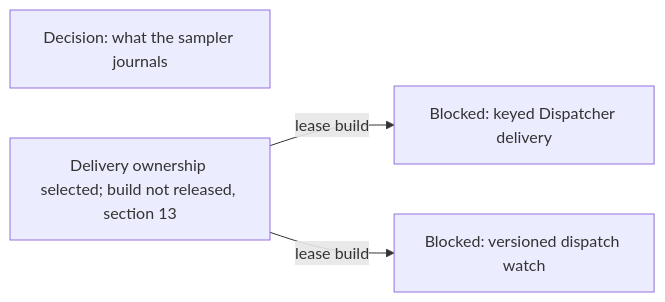
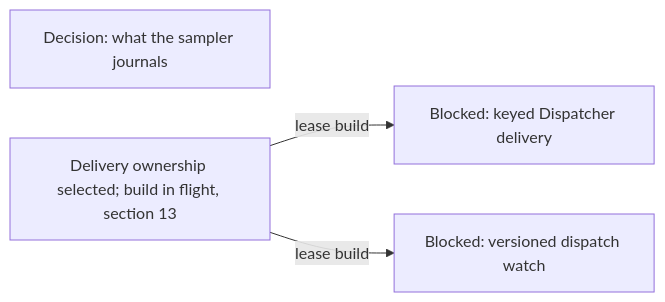
Diagram 19 of 20 in agentplane/plans/task_dag.md (agentydragon/ducktape), drawn with Mermaid before and after one commit. The commit also changed other lines of this file, not shown here.

First line of the commit message:
agentplane/plans: record the delivery lease and Gateway-era names release

````diff
--- a/agentplane/plans/task_dag.md
+++ b/agentplane/plans/task_dag.md
@@ -3762,6 +3766,6 @@
 ```mermaid
 flowchart LR
     SAMPLER_JOURNAL_DIET[Decision: what the sampler journals]
-    DISPATCHER_PERSISTENCE_MODEL_DESIGN[Delivery ownership selected; build not released, section 13] -->|lease build| DISPATCHER_KEYED_DELIVERY[Blocked: keyed Dispatcher delivery]
+    DISPATCHER_PERSISTENCE_MODEL_DESIGN[Delivery ownership selected; build in flight, section 13] -->|lease build| DISPATCHER_KEYED_DELIVERY[Blocked: keyed Dispatcher delivery]
     DISPATCHER_PERSISTENCE_MODEL_DESIGN -->|lease build| DISPATCHER_WATCH_VERSIONS[Blocked: versioned dispatch watch]
 ```
````
